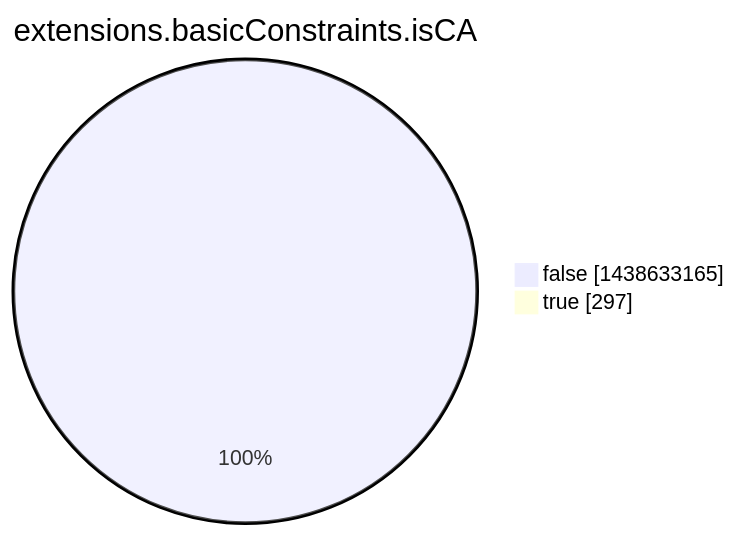
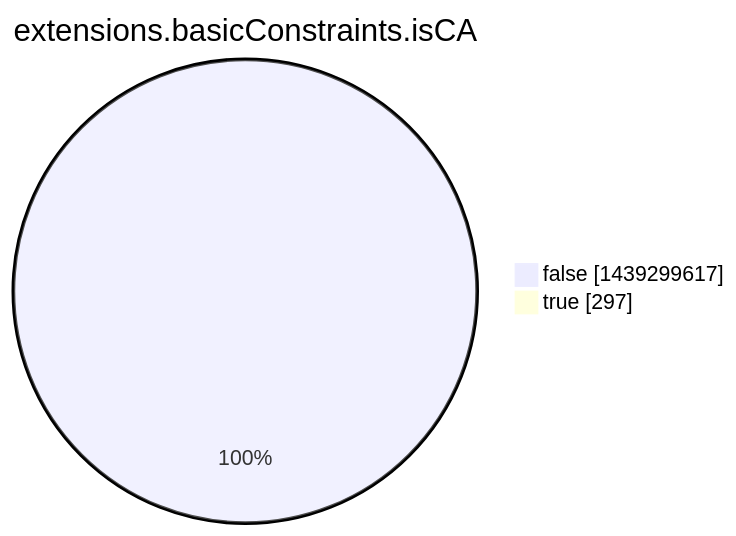
The eighth of 15 diagrams in argon2022/README.md (christiankrug/ctmonitor_visualization), drawn with Mermaid before and after one commit. The commit also changed other lines of this file, not shown here.

````diff
--- a/argon2022/README.md
+++ b/argon2022/README.md
@@ -2760,6 +2760,6 @@
 ```mermaid
 pie showData
 title extensions.basicConstraints.isCA
-"false" :1438633165
+"false" :1439299617
 "true" :297
 ```
````
